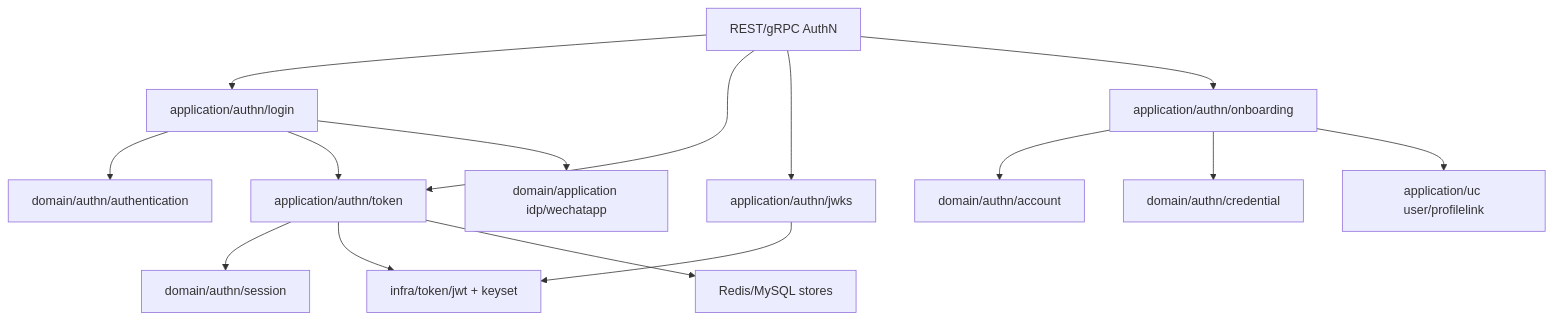
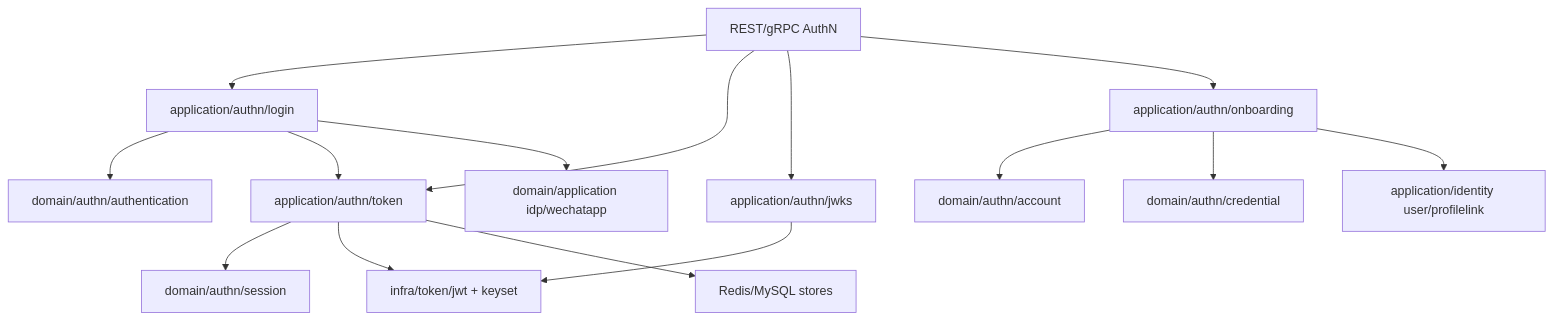
The first of 6 diagrams in docs/_archive/02-业务域/01-authn-认证&Token&JWKS.md (FangcunMount/iam), drawn with Mermaid before and after one commit. The commit also changed 215 other files, not shown here.

Commit message:
pref 模块重命名 uc -> identity，更新 domain、application、infra UoW、REST 引用、gRPC transport、架构护栏、初始化 SQL 和当前文档路径

````diff
--- a/docs/_archive/02-业务域/01-authn-认证&Token&JWKS.md
+++ b/docs/_archive/02-业务域/01-authn-认证&Token&JWKS.md
@@ -18,33 +18,33 @@
 ```mermaid
 flowchart TD
     Transport["REST/gRPC AuthN"]
     LoginApp["application/authn/login"]
     TokenApp["application/authn/token"]
     JWKSApp["application/authn/jwks"]
     OnboardApp["application/authn/onboarding"]
 
     DomainAuth["domain/authn/authentication"]
     DomainAccount["domain/authn/account"]
     DomainCredential["domain/authn/credential"]
     DomainSession["domain/authn/session"]
 
     IDP["domain/application idp/wechatapp"]
-    Identity["application/uc user/profilelink"]
+    Identity["application/identity user/profilelink"]
     TokenInfra["infra/token/jwt + keyset"]
     Store["Redis/MySQL stores"]
 
     Transport --> LoginApp
     Transport --> TokenApp
     Transport --> JWKSApp
     Transport --> OnboardApp
     LoginApp --> DomainAuth
     LoginApp --> TokenApp
     LoginApp --> IDP
     OnboardApp --> DomainAccount
     OnboardApp --> DomainCredential
     OnboardApp --> Identity
     TokenApp --> DomainSession
     TokenApp --> TokenInfra
     TokenApp --> Store
     JWKSApp --> TokenInfra
 ```
````
